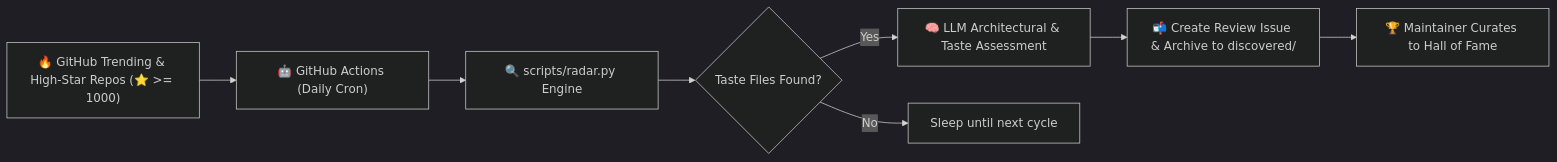
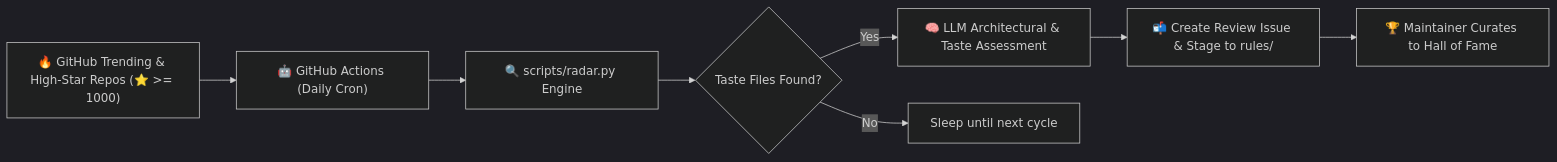
The diagram in README.md (joe1chief/taste-your-taste), drawn with Mermaid (dark theme) before and after one commit. The commit also changed other lines of this file and 17 other files, not shown here.

````diff
--- a/README.md
+++ b/README.md
@@ -273,10 +273,10 @@
 ```mermaid
 flowchart LR
     A["🔥 GitHub Trending & High-Star Repos (⭐️ >= 1000)"] --> B["🤖 GitHub Actions (Daily Cron)"]
     B --> C["🔍 scripts/radar.py Engine"]
     C --> D{"Taste Files Found?"}
     D -- Yes --> E["🧠 LLM Architectural & Taste Assessment"]
-    E --> F["📬 Create Review Issue & Archive to discovered/"]
+    E --> F["📬 Create Review Issue & Stage to rules/"]
     F --> G["🏆 Maintainer Curates to Hall of Fame"]
     D -- No --> H["Sleep until next cycle"]
 ```
````
